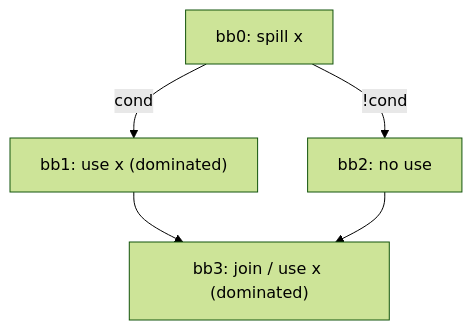
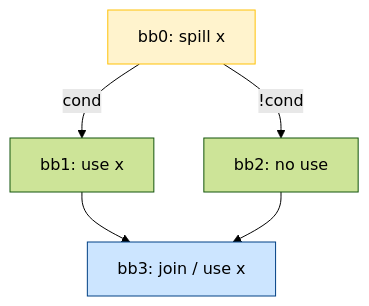
One commit to alex-t/ssa-spiller-docs changed the second of 2 diagrams in SSARA/04-Design/Decisions.md. Above: the diagram before and after it, drawn with Mermaid (forest theme). The commit also changed other lines of this file and 41 other files, not shown here.

````diff
--- a/SSARA/04-Design/Decisions.md
+++ b/SSARA/04-Design/Decisions.md
@@ -36,7 +212,10 @@
 ```mermaid
 flowchart TD
-    S["bb0: spill x"] -->|cond| U1["bb1: use x (dominated)"]
+    S["bb0: spill x"] -->|cond| U1["bb1: use x"]
     S -->|!cond| B2["bb2: no use"]
-    U1 --> J["bb3: join / use x (dominated)"]
+    U1 --> J["bb3: join / use x"]
     B2 --> J
+
+    style S fill:#fff3cd,stroke:#ffc107,color:#000
+    style J fill:#cce5ff,stroke:#004085,color:#000
 ```
````
